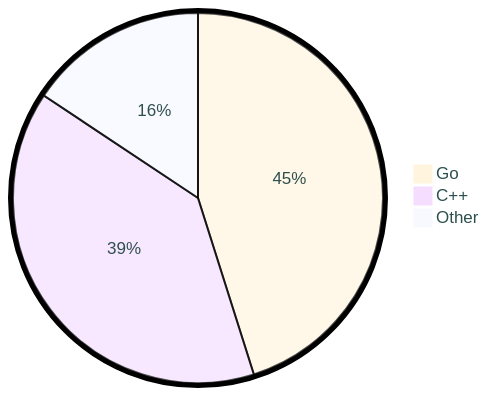
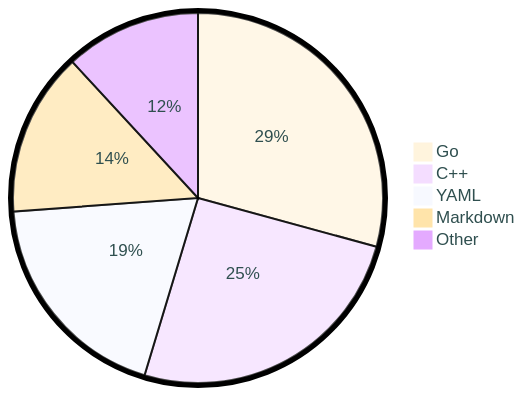
Before and after one commit to tot0p/tot0p: the diagram in README.md, drawn with Mermaid. The commit also changed other lines of this file, not shown here.

````diff
--- a/README.md
+++ b/README.md
@@ -76,7 +78,9 @@
 ```mermaid
 %%{init: {"pie": {"textPosition": 0.5}, "themeVariables": {"pieOuterStrokeWidth": "5px","primaryTextColor" : "#2F4F4F"},"theme":"base"} }%%
 pie
-	"Go": 45.12
-	"C++": 39.22
-	"Other": 15.659999999999998
+	"Go": 29.24
+	"C++": 25.42
+	"YAML": 19.17
+	"Markdown": 14.31
+	"Other": 11.86
 ```
````
